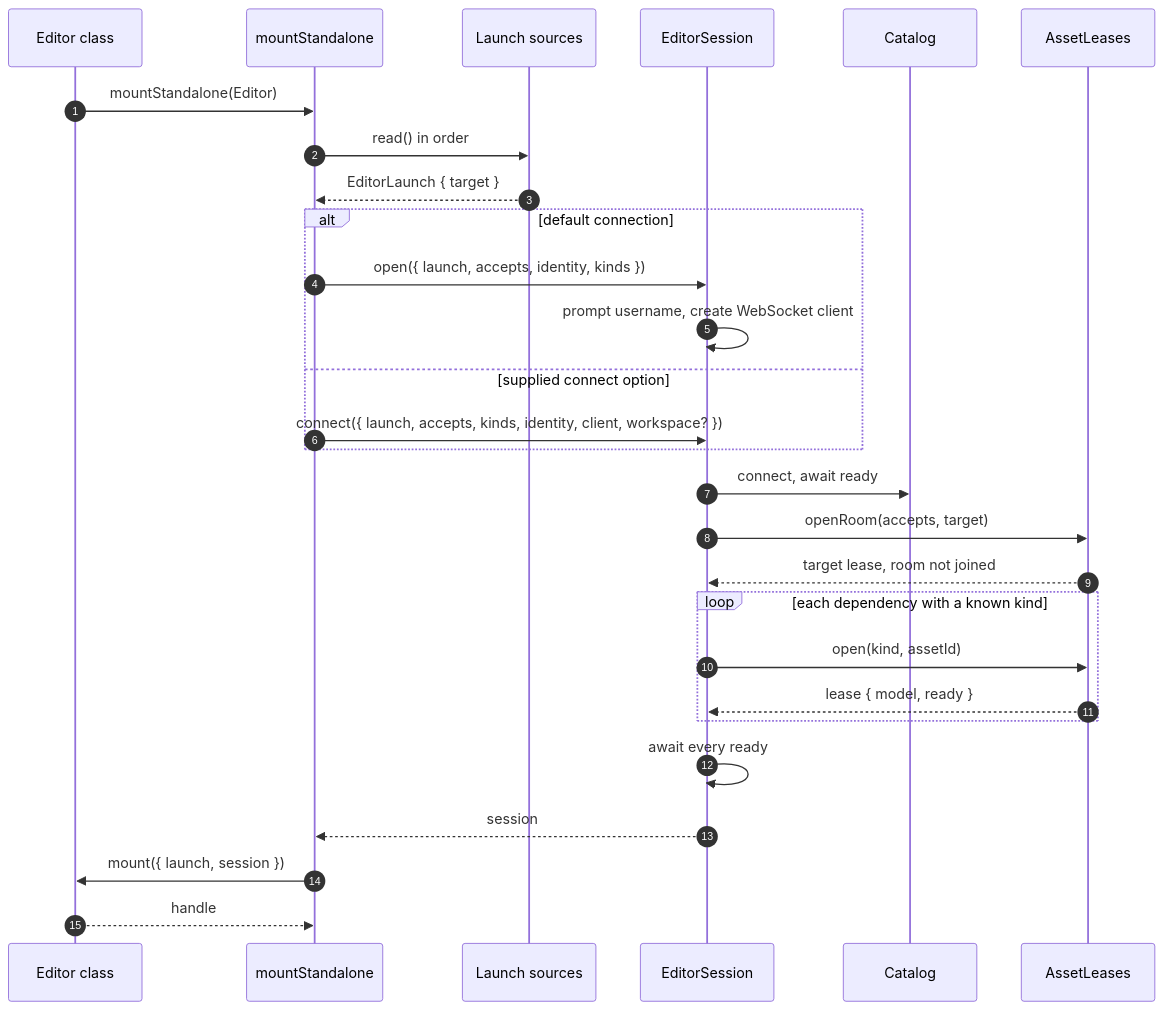
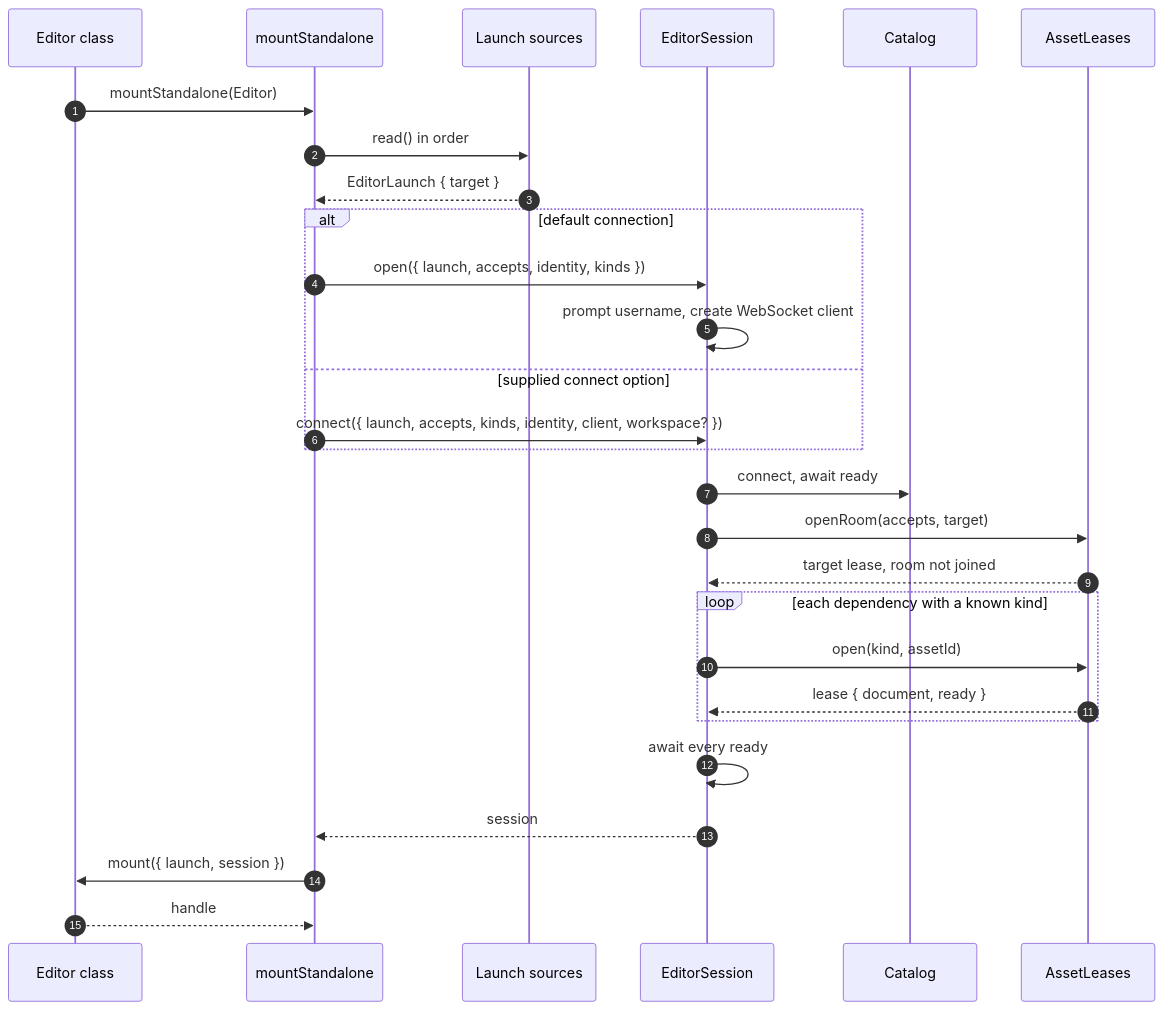
Before and after one commit to JollyPixel/editor: the second of 10 diagrams in packages/editors/host/ARCHITECTURE.md, drawn with Mermaid. The commit also changed other lines of this file and 88 other files, not shown here.

````diff
--- a/packages/editors/host/ARCHITECTURE.md
+++ b/packages/editors/host/ARCHITECTURE.md
@@ -67,31 +67,31 @@
 ```mermaid
 sequenceDiagram
   autonumber
   participant E as Editor class
   participant M as mountStandalone
   participant L as Launch sources
   participant S as EditorSession
   participant C as Catalog
   participant A as AssetLeases
 
   E->>M: mountStandalone(Editor)
   M->>L: read() in order
   L-->>M: EditorLaunch { target }
   alt default connection
     M->>S: open({ launch, accepts, identity, kinds })
     S->>S: prompt username, create WebSocket client
   else supplied connect option
     M->>S: connect({ launch, accepts, kinds, identity, client, workspace? })
   end
   S->>C: connect, await ready
   S->>A: openRoom(accepts, target)
   A-->>S: target lease, room not joined
   loop each dependency with a known kind
     S->>A: open(kind, assetId)
-    A-->>S: lease { model, ready }
+    A-->>S: lease { document, ready }
   end
   S->>S: await every ready
   S-->>M: session
   M->>E: mount({ launch, session })
   E-->>M: handle
 ```
````
